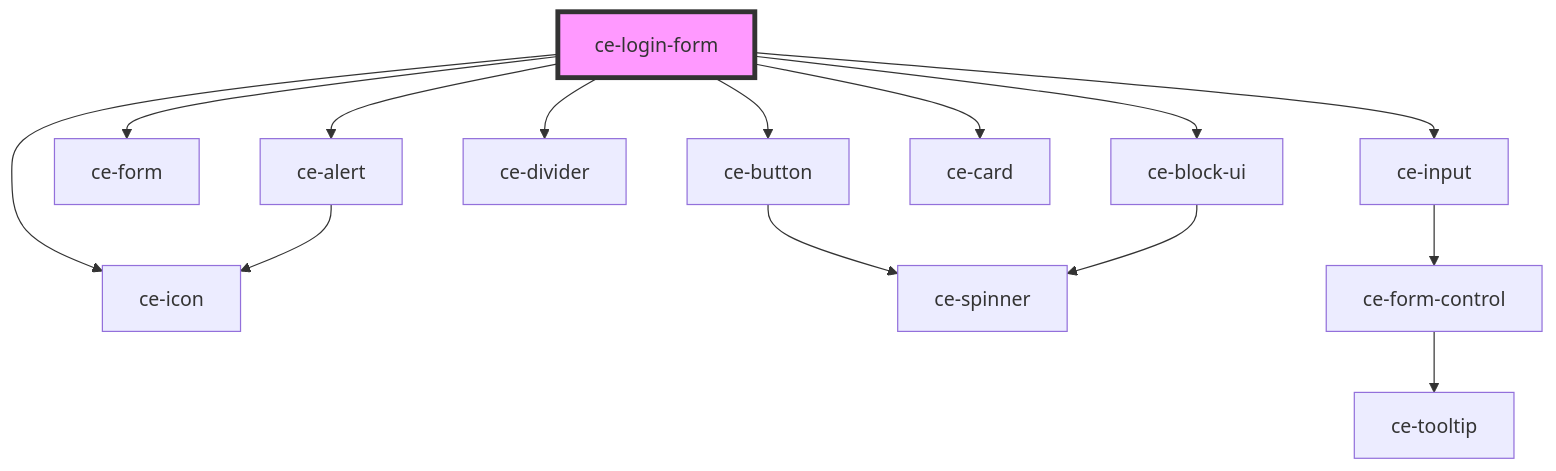
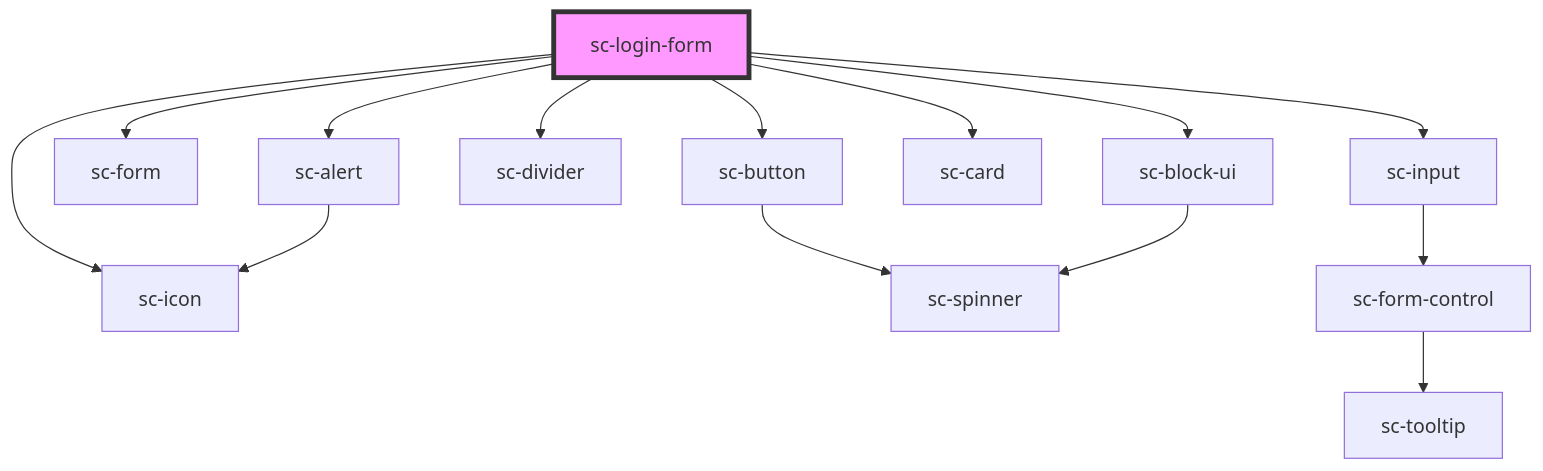
The diagram in packages/components/src/components/controllers/login/readme.md (surecart/surecart-wp-plugin), drawn with Mermaid before and after one commit. The commit also changed other lines of this file and 1281 other files, not shown here.

````diff
--- a/packages/components/src/components/controllers/login/readme.md
+++ b/packages/components/src/components/controllers/login/readme.md
@@ -29,17 +29,17 @@
 ```mermaid
 graph TD;
-  ce-login-form --> ce-alert
-  ce-login-form --> ce-icon
-  ce-login-form --> ce-form
-  ce-login-form --> ce-button
-  ce-login-form --> ce-divider
-  ce-login-form --> ce-input
-  ce-login-form --> ce-card
-  ce-login-form --> ce-block-ui
-  ce-alert --> ce-icon
-  ce-button --> ce-spinner
-  ce-input --> ce-form-control
-  ce-form-control --> ce-tooltip
-  ce-block-ui --> ce-spinner
-  style ce-login-form fill:#f9f,stroke:#333,stroke-width:4px
+  sc-login-form --> sc-alert
+  sc-login-form --> sc-icon
+  sc-login-form --> sc-form
+  sc-login-form --> sc-button
+  sc-login-form --> sc-divider
+  sc-login-form --> sc-input
+  sc-login-form --> sc-card
+  sc-login-form --> sc-block-ui
+  sc-alert --> sc-icon
+  sc-button --> sc-spinner
+  sc-input --> sc-form-control
+  sc-form-control --> sc-tooltip
+  sc-block-ui --> sc-spinner
+  style sc-login-form fill:#f9f,stroke:#333,stroke-width:4px
 ```
````
